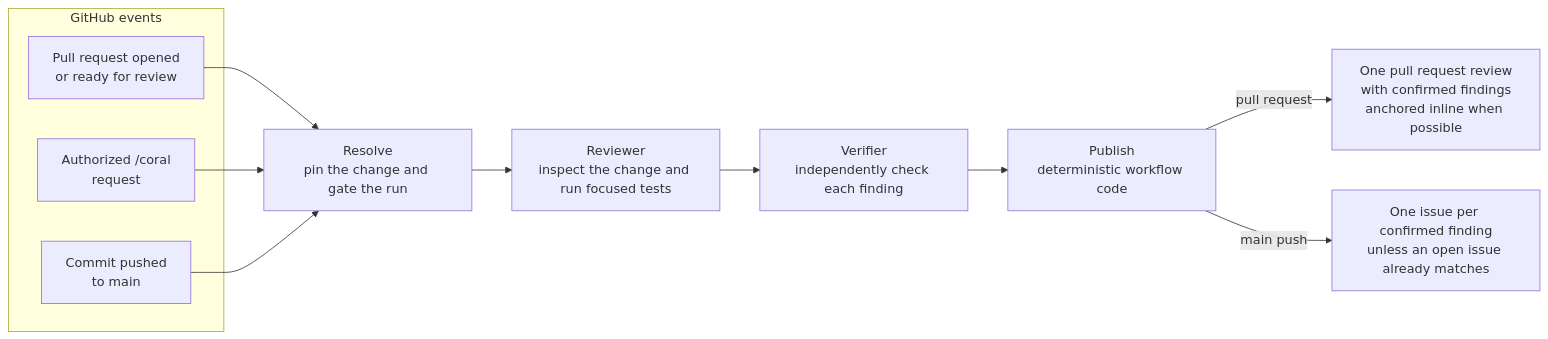
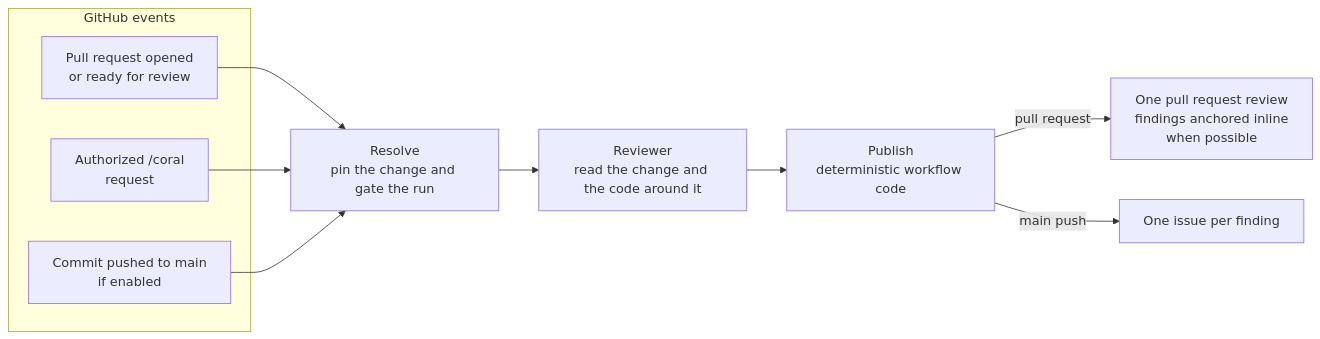
Before and after one commit to kkestell/coral: the diagram in docs/diagrams/review-flow.mmd, drawn with Mermaid. The commit also changed 30 other files, not shown here.

First line of the commit message:
Make Coral a quick read-only review with one agent run

```diff
--- a/docs/diagrams/review-flow.mmd
+++ b/docs/diagrams/review-flow.mmd
@@ -1,20 +1,19 @@
 flowchart LR
     subgraph events["GitHub events"]
         pull_request["Pull request opened<br/>or ready for review"]
         request["Authorized /coral<br/>request"]
-        main_push["Commit pushed<br/>to main"]
+        main_push["Commit pushed to main<br/>if enabled"]
     end
 
     resolve["Resolve<br/>pin the change and gate the run"]
-    reviewer["Reviewer<br/>inspect the change and run focused tests"]
-    verifier["Verifier<br/>independently check each finding"]
+    reviewer["Reviewer<br/>read the change and the code around it"]
     publish["Publish<br/>deterministic workflow code"]
-    pr_review["One pull request review<br/>with confirmed findings<br/>anchored inline when possible"]
-    main_issues["One issue per confirmed finding<br/>unless an open issue already matches"]
+    pr_review["One pull request review<br/>findings anchored inline<br/>when possible"]
+    main_issues["One issue per finding"]
 
     pull_request --> resolve
     request --> resolve
     main_push --> resolve
-    resolve --> reviewer --> verifier --> publish
+    resolve --> reviewer --> publish
     publish -->|pull request| pr_review
     publish -->|main push| main_issues
```
